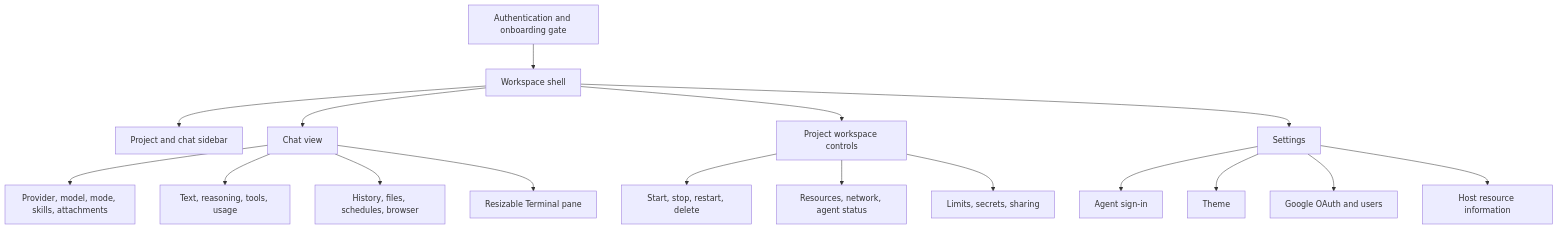
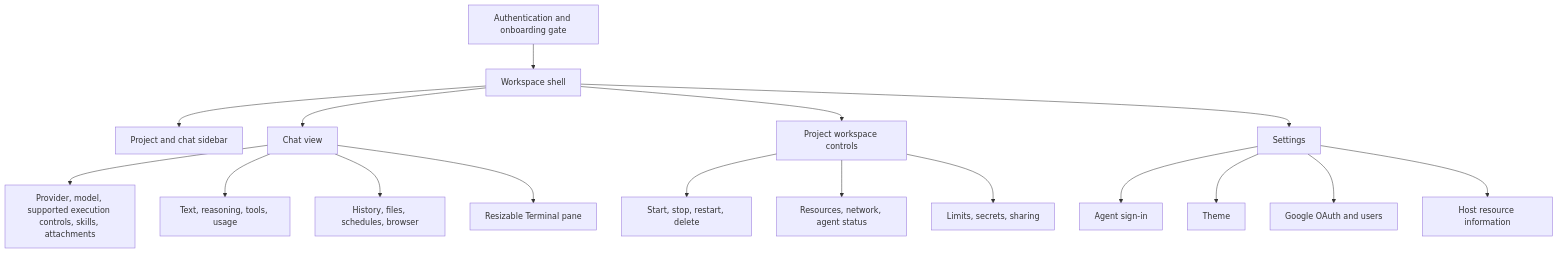
One commit to AbdallahMohamedDotnet/remote.futrx changed the second of 3 diagrams in docs/01-overview/01-system-overview.md. Above: the diagram before and after it, drawn with Mermaid. The commit also changed 48 other files, not shown here.

````diff
--- a/docs/01-overview/01-system-overview.md
+++ b/docs/01-overview/01-system-overview.md
@@ -52,22 +52,22 @@
 ```mermaid
 flowchart TD
     Gate["Authentication and onboarding gate"] --> Shell["Workspace shell"]
     Shell --> Sidebar["Project and chat sidebar"]
     Shell --> Chat["Chat view"]
     Shell --> Projects["Project workspace controls"]
     Shell --> Settings["Settings"]
 
-    Chat --> Composer["Provider, model, mode, skills, attachments"]
+    Chat --> Composer["Provider, model, supported execution controls, skills, attachments"]
     Chat --> Messages["Text, reasoning, tools, usage"]
     Chat --> Drawers["History, files, schedules, browser"]
     Chat --> Terminal["Resizable Terminal pane"]
 
     Projects --> Lifecycle["Start, stop, restart, delete"]
     Projects --> Inspect["Resources, network, agent status"]
     Projects --> Manage["Limits, secrets, sharing"]
 
     Settings --> Agents["Agent sign-in"]
     Settings --> Appearance["Theme"]
     Settings --> Users["Google OAuth and users"]
     Settings --> Server["Host resource information"]
 ```
````
